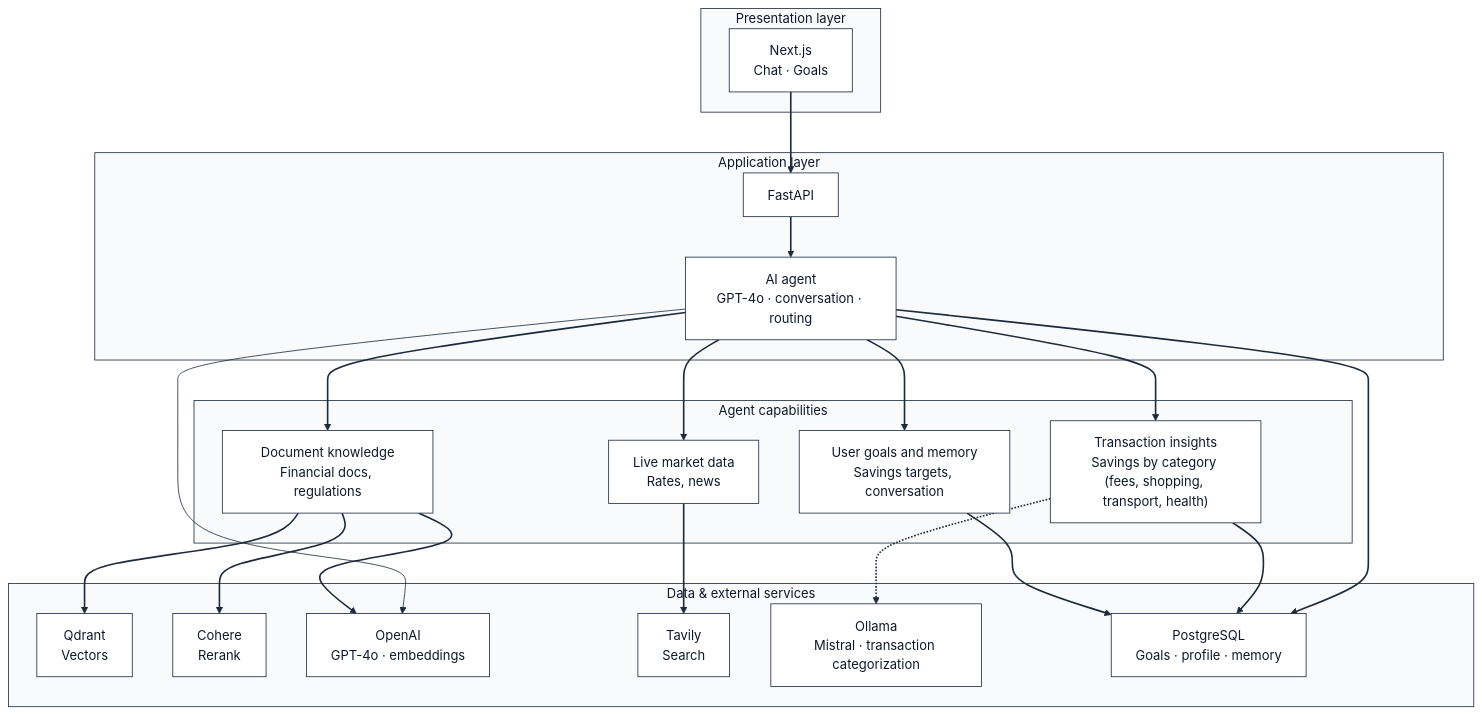
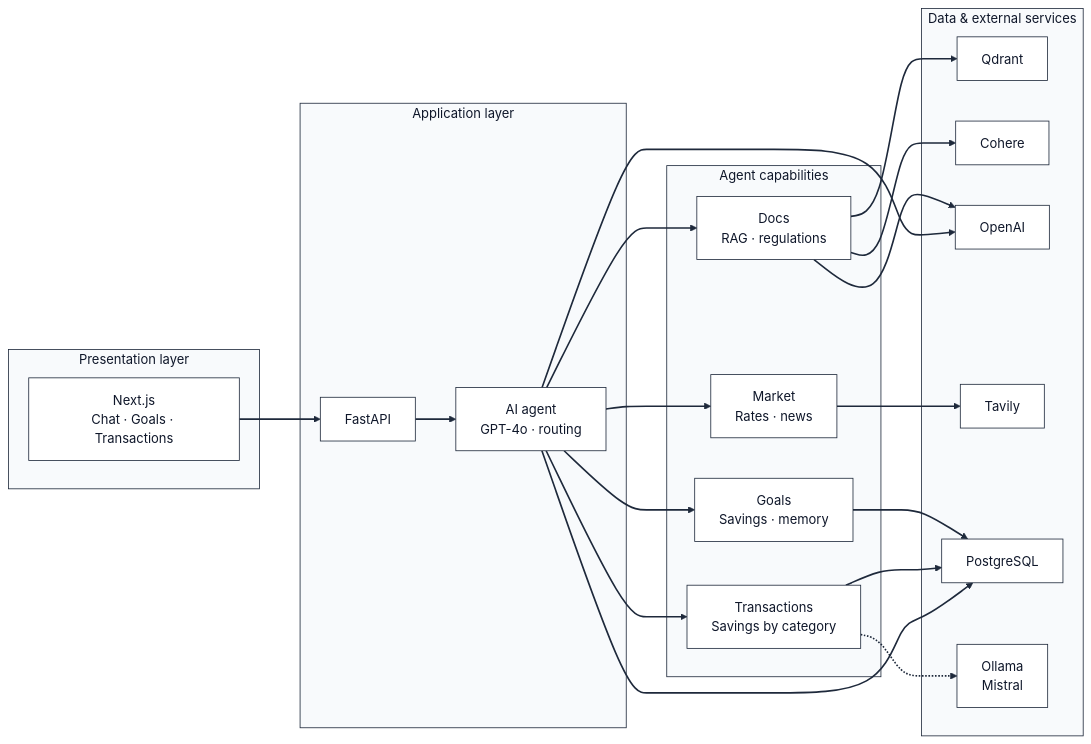
Before and after one commit to adrian-barcan/AIE9-Certification-Challenge: the diagram in CERTIFICATION_DELIVERABLES.md, drawn with Mermaid.

Commit message:
refactor: Update architecture diagram to improve clarity, revise agent capabilities and transaction descriptions, and enhance flowchart structure for better visualization.

````diff
--- a/CERTIFICATION_DELIVERABLES.md
+++ b/CERTIFICATION_DELIVERABLES.md
@@ -43,55 +43,55 @@
 ```mermaid
 %%{init: {'theme':'base', 'themeVariables': {
   'primaryColor':'#fff', 'primaryTextColor':'#0f172a', 'primaryBorderColor':'#1e293b',
   'secondaryColor':'#f8fafc', 'secondaryTextColor':'#0f172a', 'secondaryBorderColor':'#1e293b',
   'tertiaryColor':'#f1f5f9', 'tertiaryTextColor':'#0f172a', 'tertiaryBorderColor':'#1e293b',
   'lineColor':'#1e293b', 'secondaryLineColor':'#1e293b',
   'background':'#ffffff', 'mainBkg':'#ffffff', 'secondBkg':'#f8fafc', 'tertiaryBkg':'#f1f5f9',
   'clusterBkg':'#f8fafc', 'clusterBorder':'#1e293b', 'titleColor':'#0f172a',
   'edgeLabelBackground':'#ffffff', 'nodeBorder':'#1e293b', 'nodeTextColor':'#0f172a',
   'fontSize':'16px'
 }}}%%
-flowchart TB
+flowchart LR
     subgraph Presentation ["Presentation layer"]
-        WebApp["Next.js<br/>Chat · Goals"]
+        WebApp["Next.js<br/>Chat · Goals · Transactions"]
     end
 
     subgraph Application ["Application layer"]
         Backend["FastAPI"]
-        Agent["AI agent<br/>GPT-4o · conversation · routing"]
-        Backend --> Agent
+        Agent["AI agent<br/>GPT-4o · routing"]
     end
 
     subgraph Capabilities ["Agent capabilities"]
-        Docs["Document knowledge<br/>Financial docs, regulations"]
-        Market["Live market data<br/>Rates, news"]
-        Goals["User goals and memory<br/>Savings targets, conversation"]
-        Transactions["Transaction insights<br/>Savings by category (fees, shopping, transport, health)"]
+        Docs["Docs<br/>RAG · regulations"]
+        Market["Market<br/>Rates · news"]
+        Goals["Goals<br/>Savings · memory"]
+        Transactions["Transactions<br/>Savings by category"]
     end
 
     subgraph Data ["Data & external services"]
-        Qdrant["Qdrant<br/>Vectors"]
-        Cohere["Cohere<br/>Rerank"]
-        OpenAI["OpenAI<br/>GPT-4o · embeddings"]
-        Tavily["Tavily<br/>Search"]
-        Ollama["Ollama<br/>Mistral · transaction categorization"]
-        Postgres["PostgreSQL<br/>Goals · profile · memory"]
+        Qdrant["Qdrant"]
+        Cohere["Cohere"]
+        OpenAI["OpenAI"]
+        Tavily["Tavily"]
+        Postgres["PostgreSQL"]
+        Ollama["Ollama<br/>Mistral"]
     end
 
     WebApp --> Backend
+    Backend --> Agent
     Agent --> Docs
     Agent --> Market
     Agent --> Goals
     Agent --> Transactions
     Docs --> Qdrant
     Docs --> Cohere
     Docs --> OpenAI
     Market --> Tavily
-    Transactions -.-> Ollama
     Goals --> Postgres
     Transactions --> Postgres
+    Transactions -.-> Ollama
+    Agent --> OpenAI
     Agent --> Postgres
-    Agent --> OpenAI
 
-    linkStyle 0,1,2,3,4,5,6,7,8,9,10,11,12,13 stroke:#1e293b,stroke-width:2px
+    linkStyle 0,1,2,3,4,5,6,7,8,9,10,11,12,13,14 stroke:#1e293b,stroke-width:2px
 ```
````
